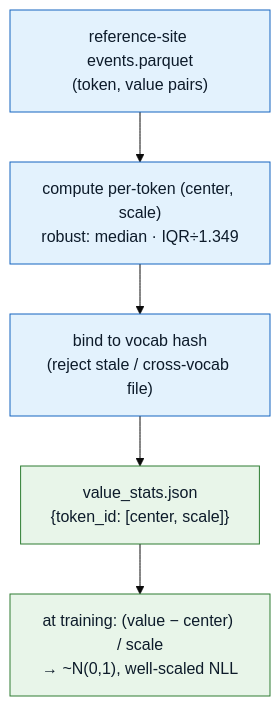
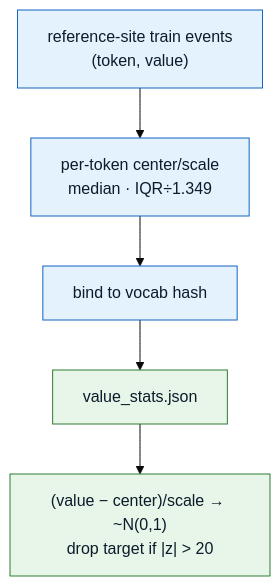
One commit to sajor2000/clifatron2.0 changed the fourth of 4 diagrams in website/docs/data-tokenization.md. Above: the diagram before and after it, drawn with Mermaid (base theme). The commit also changed other lines of this file and 37 other files, not shown here.

````diff
--- a/website/docs/data-tokenization.md
+++ b/website/docs/data-tokenization.md
@@ -121,12 +394,12 @@
 ```mermaid
 flowchart TB
-    REF["reference-site events.parquet<br/>(token, value pairs)"] --> STATS["compute per-token (center, scale)<br/>robust: median · IQR÷1.349"]
-    STATS --> BIND["bind to vocab hash<br/>(reject stale / cross-vocab file)"]
-    BIND --> JSON["value_stats.json<br/>{token_id: [center, scale]}"]
-    JSON --> STD["at training: (value − center) / scale<br/>→ ~N(0,1), well-scaled NLL"]
+    REF["reference-site train events<br/>(token, value)"] --> STATS["per-token center/scale<br/>median · IQR÷1.349"]
+    STATS --> BIND["bind to vocab hash"]
+    BIND --> JSON["value_stats.json"]
+    JSON --> STD["(value − center)/scale → ~N(0,1)<br/>drop target if |z| > 20"]
 
     classDef ref fill:#e3f2fd,stroke:#1565c0,color:#0d1b2a;
     classDef out fill:#e8f5e9,stroke:#2e7d32,color:#0d1b2a;
     class REF,STATS,BIND ref;
     class JSON,STD out;
 ```
````
